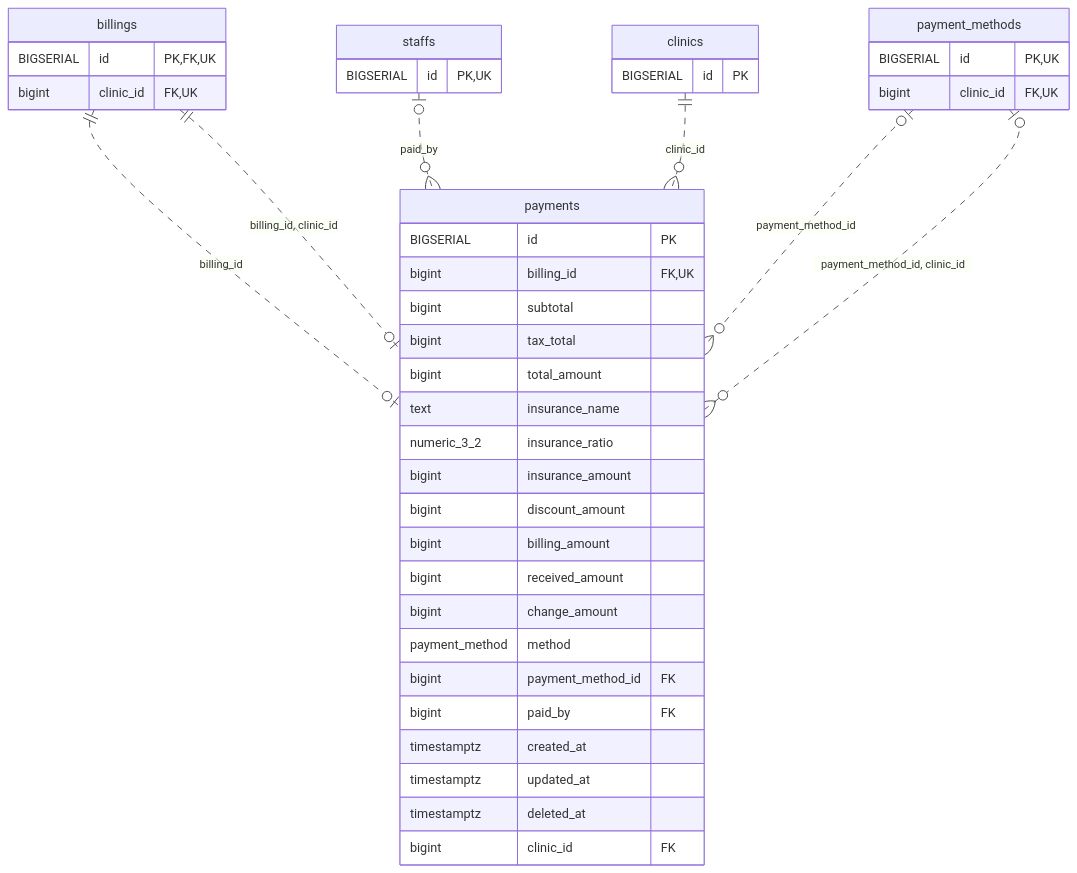
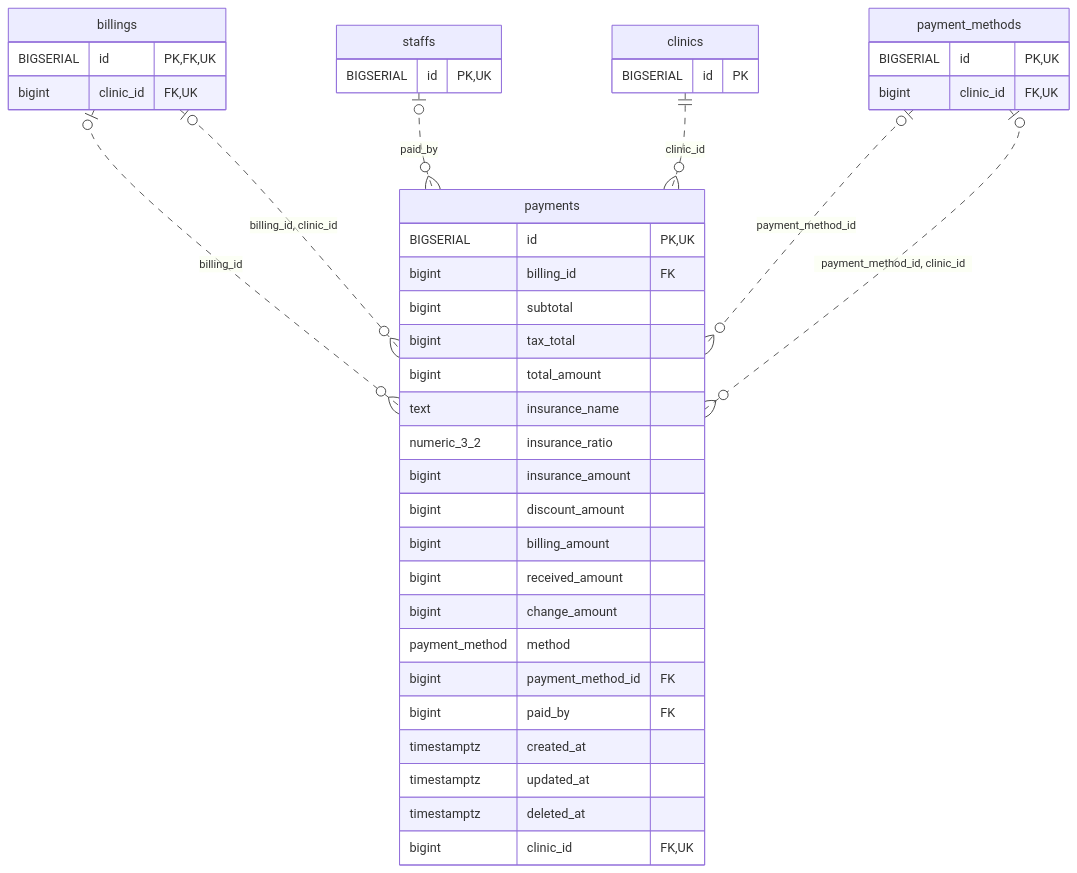
The diagram in docs/architecture/erd-detail/payments.md (MinoruSoga/AnimalEkarte), drawn with Mermaid before and after one commit. The commit also changed other lines of this file and 131 other files, not shown here.

````diff
--- a/docs/architecture/erd-detail/payments.md
+++ b/docs/architecture/erd-detail/payments.md
@@ -42,44 +42,44 @@
 ```mermaid
 erDiagram
     payments {
-        BIGSERIAL id PK
-        bigint billing_id FK,UK
+        BIGSERIAL id PK,UK
+        bigint billing_id FK
         bigint subtotal
         bigint tax_total
         bigint total_amount
         text insurance_name
         numeric_3_2 insurance_ratio
         bigint insurance_amount
         bigint discount_amount
         bigint billing_amount
         bigint received_amount
         bigint change_amount
         payment_method method
         bigint payment_method_id FK
         bigint paid_by FK
         timestamptz created_at
         timestamptz updated_at
         timestamptz deleted_at
-        bigint clinic_id FK
+        bigint clinic_id FK,UK
     }
     billings {
         BIGSERIAL id PK,FK,UK
         bigint clinic_id FK,UK
     }
     clinics {
         BIGSERIAL id PK
     }
     payment_methods {
         BIGSERIAL id PK,UK
         bigint clinic_id FK,UK
     }
     staffs {
         BIGSERIAL id PK,UK
     }
-    billings ||..o| payments : "billing_id"
+    billings o|..o{ payments : "billing_id"
     payment_methods o|..o{ payments : "payment_method_id"
     staffs o|..o{ payments : "paid_by"
     clinics ||..o{ payments : "clinic_id"
-    billings ||..o| payments : "billing_id, clinic_id"
+    billings o|..o{ payments : "billing_id, clinic_id"
     payment_methods o|..o{ payments : "payment_method_id, clinic_id"
 ```
````
